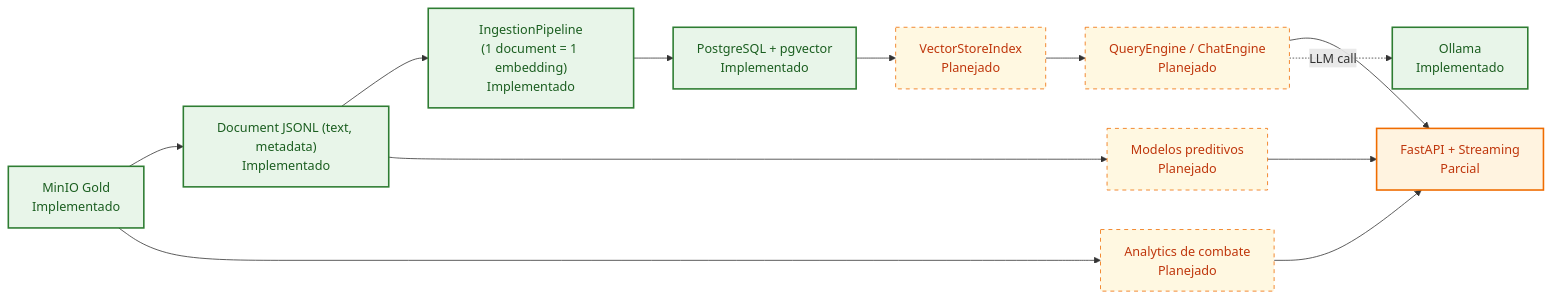
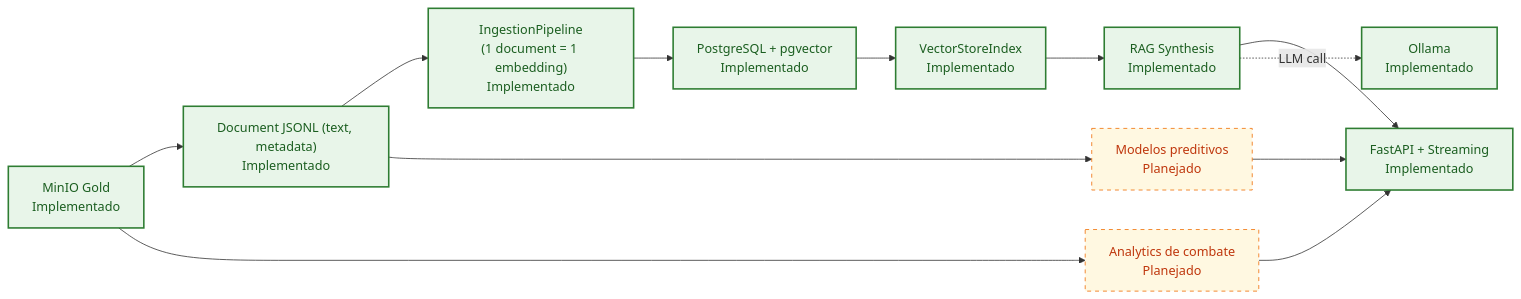
The third of 4 diagrams in README.md (pedroandrade03/rag-intelligence), drawn with Mermaid before and after one commit. The commit also changed other lines of this file, not shown here.

````diff
--- a/README.md
+++ b/README.md
@@ -130,26 +129,25 @@
 ```mermaid
 flowchart LR
     gold["MinIO Gold<br/>Implementado"]
     docs["Document JSONL (text, metadata)<br/>Implementado"]
     ingest["IngestionPipeline<br/>(1 document = 1 embedding)<br/>Implementado"]
     pgvector["PostgreSQL + pgvector<br/>Implementado"]
-    index["VectorStoreIndex<br/>Planejado"]
-    query["QueryEngine / ChatEngine<br/>Planejado"]
+    index["VectorStoreIndex<br/>Implementado"]
+    query["RAG Synthesis<br/>Implementado"]
     ollama["Ollama<br/>Implementado"]
     analytics["Analytics de combate<br/>Planejado"]
     models["Modelos preditivos<br/>Planejado"]
-    api["FastAPI + Streaming<br/>Parcial"]
+    api["FastAPI + Streaming<br/>Implementado"]
 
     gold --> docs --> ingest --> pgvector
     pgvector --> index --> query --> api
     query -.->|"LLM call"| ollama
     gold --> analytics --> api
     docs --> models --> api
 
     classDef implemented fill:#e8f5e9,stroke:#2e7d32,color:#1b5e20,stroke-width:2px;
     classDef planned fill:#fff8e1,stroke:#ef6c00,color:#bf360c,stroke-dasharray: 5 5;
     classDef partial fill:#fff3e0,stroke:#ef6c00,color:#bf360c,stroke-width:2px;
-    class gold,docs,ingest,pgvector,ollama implemented;
-    class api partial;
-    class index,query,analytics,models planned;
+    class gold,docs,ingest,pgvector,ollama,index,query,api implemented;
+    class analytics,models planned;
 ```
````
